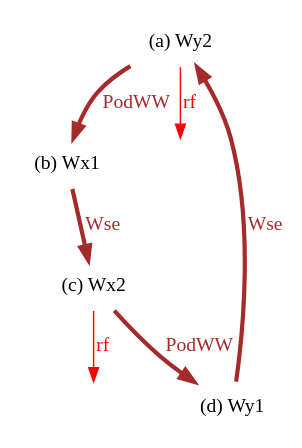
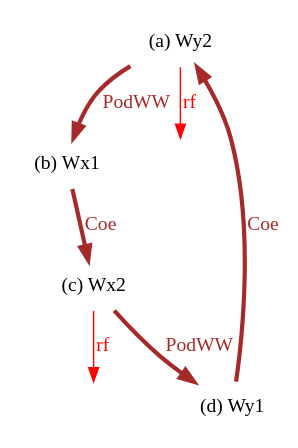
The diagram in doc/ws-sc.dot (herd/herdtools7), drawn with Graphviz before and after one commit. The commit also changed 2 other files, not shown here.

```diff
--- a/doc/ws-sc.dot
+++ b/doc/ws-sc.dot
@@ -1,38 +1,38 @@
 digraph G {
 
 splines=true;
 
 overlap=scale;
 
 compound=true;
 
 
 /* the unlocked events */
 eiid0 [shape=plaintext  ] [color=blue] [rank=sink] [label="(a) Wy2" ];
 eiid1 [shape=plaintext  ] [color=blue] [rank=sink] [label="(b) Wx1" ];
 eiid2 [shape=plaintext  ] [color=blue] [rank=sink] [label="(c) Wx2" ];
 eiid3 [shape=plaintext  ] [color=blue] [rank=sink] [label="(d) Wy1" ];
 
 /* the intra_causality_data edges */
 
 
 /* the intra_causality_control edges */
 
 /* the poi edges */
 /* the rfmap edges */
 finaleiid2 [shape=none, label=""];
 eiid2 -> finaleiid2 [label="rf", color="red", fontcolor="red"];
 finaleiid0 [shape=none, label=""];
 eiid0 -> finaleiid0 [label="rf", color="red", fontcolor="red"];
 
 /* the view order edges */
 
 /* The viewed-before edges */
 eiid0 -> eiid1 [label="PodWW", color="brown", fontcolor="brown", style="setlinewidth(3)"];
 eiid2 -> eiid3 [label="PodWW", color="brown", fontcolor="brown", style="setlinewidth(3)"];
-eiid1 -> eiid2 [label="Wse", color="brown", fontcolor="brown", style="setlinewidth(3)"];
-eiid3 -> eiid0 [label="Wse", color="brown", fontcolor="brown", style="setlinewidth(3)"];
+eiid1 -> eiid2 [label="Coe", color="brown", fontcolor="brown", style="setlinewidth(3)"];
+eiid3 -> eiid0 [label="Coe", color="brown", fontcolor="brown", style="setlinewidth(3)"];
 /* The calculated basic viewed-before edges */
 
 /* the groupA and groupB of barriers */
 }
```
